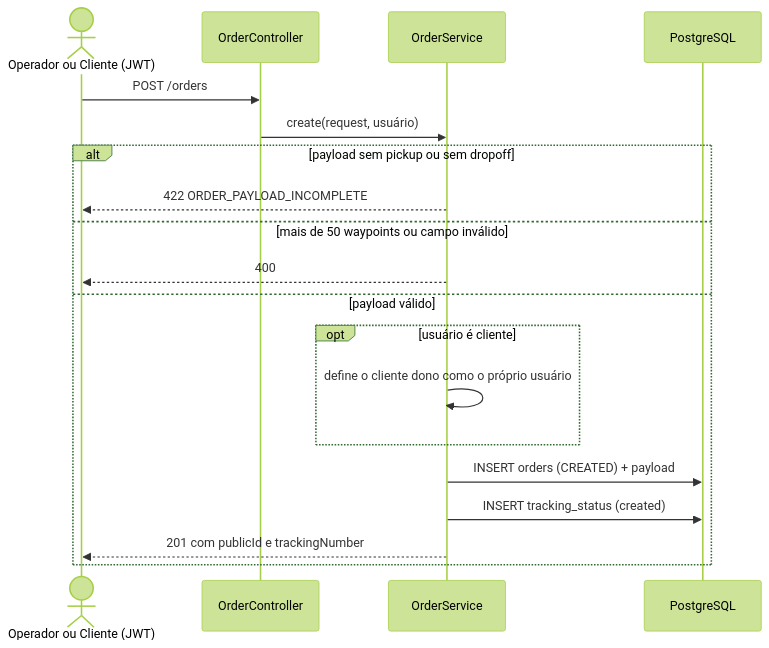
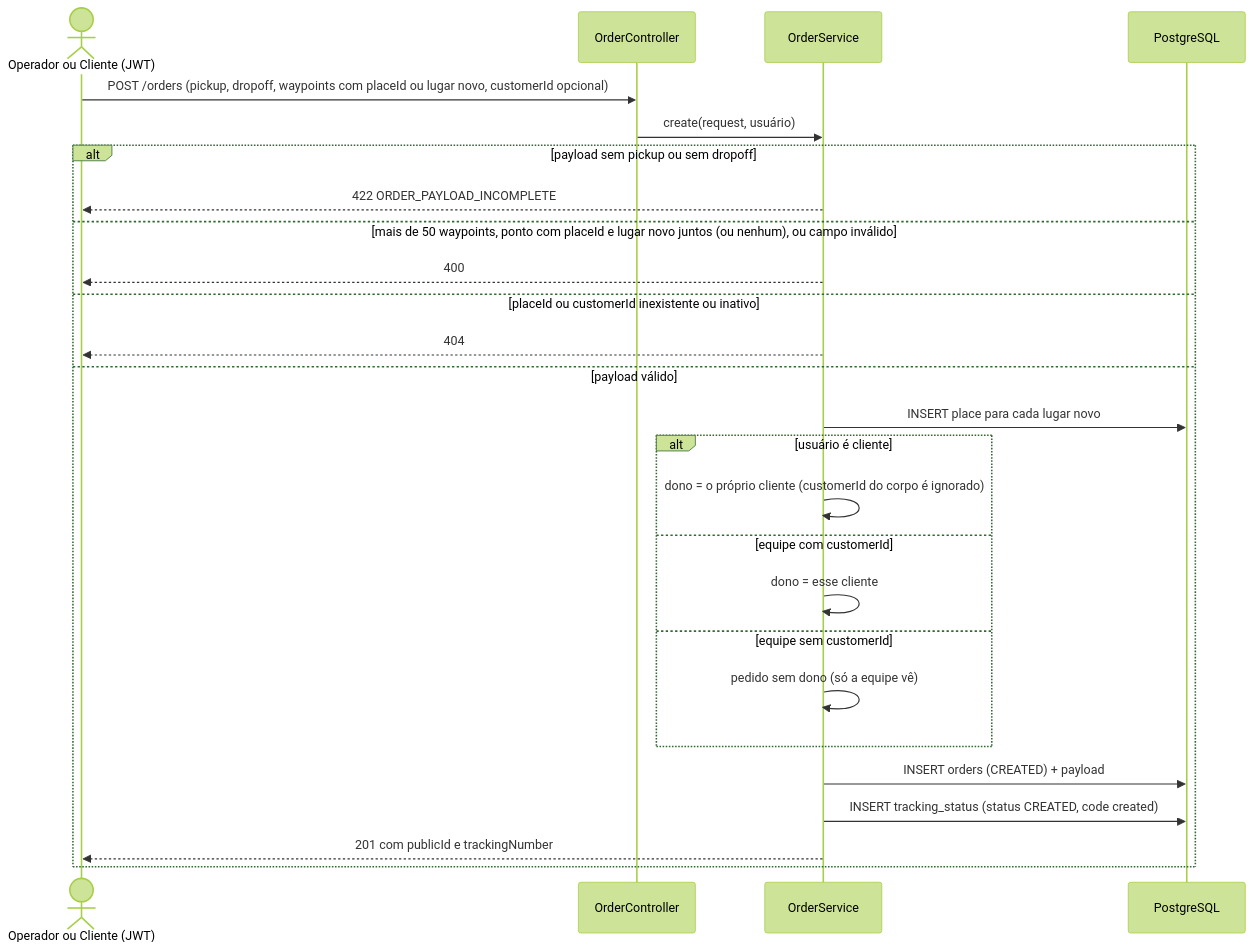
The third of 17 diagrams in docs/flows.md (Edryck/kj-fleets), drawn with Mermaid (forest theme) before and after one commit. The commit also changed other lines of this file and 4 other files, not shown here.

````diff
--- a/docs/flows.md
+++ b/docs/flows.md
@@ -46,22 +46,29 @@
 ```mermaid
 sequenceDiagram
     actor U as Operador ou Cliente (JWT)
     participant C as OrderController
     participant S as OrderService
     participant DB as PostgreSQL
 
-    U->>C: POST /orders
+    U->>C: POST /orders (pickup, dropoff, waypoints com placeId ou lugar novo, customerId opcional)
     C->>S: create(request, usuário)
     alt payload sem pickup ou sem dropoff
         S-->>U: 422 ORDER_PAYLOAD_INCOMPLETE
-    else mais de 50 waypoints ou campo inválido
+    else mais de 50 waypoints, ponto com placeId e lugar novo juntos (ou nenhum), ou campo inválido
         S-->>U: 400
+    else placeId ou customerId inexistente ou inativo
+        S-->>U: 404
     else payload válido
-        opt usuário é cliente
-            S->>S: define o cliente dono como o próprio usuário
+        S->>DB: INSERT place para cada lugar novo
+        alt usuário é cliente
+            S->>S: dono = o próprio cliente (customerId do corpo é ignorado)
+        else equipe com customerId
+            S->>S: dono = esse cliente
+        else equipe sem customerId
+            S->>S: pedido sem dono (só a equipe vê)
         end
         S->>DB: INSERT orders (CREATED) + payload
-        S->>DB: INSERT tracking_status (created)
+        S->>DB: INSERT tracking_status (status CREATED, code created)
         S-->>U: 201 com publicId e trackingNumber
     end
 ```
````
